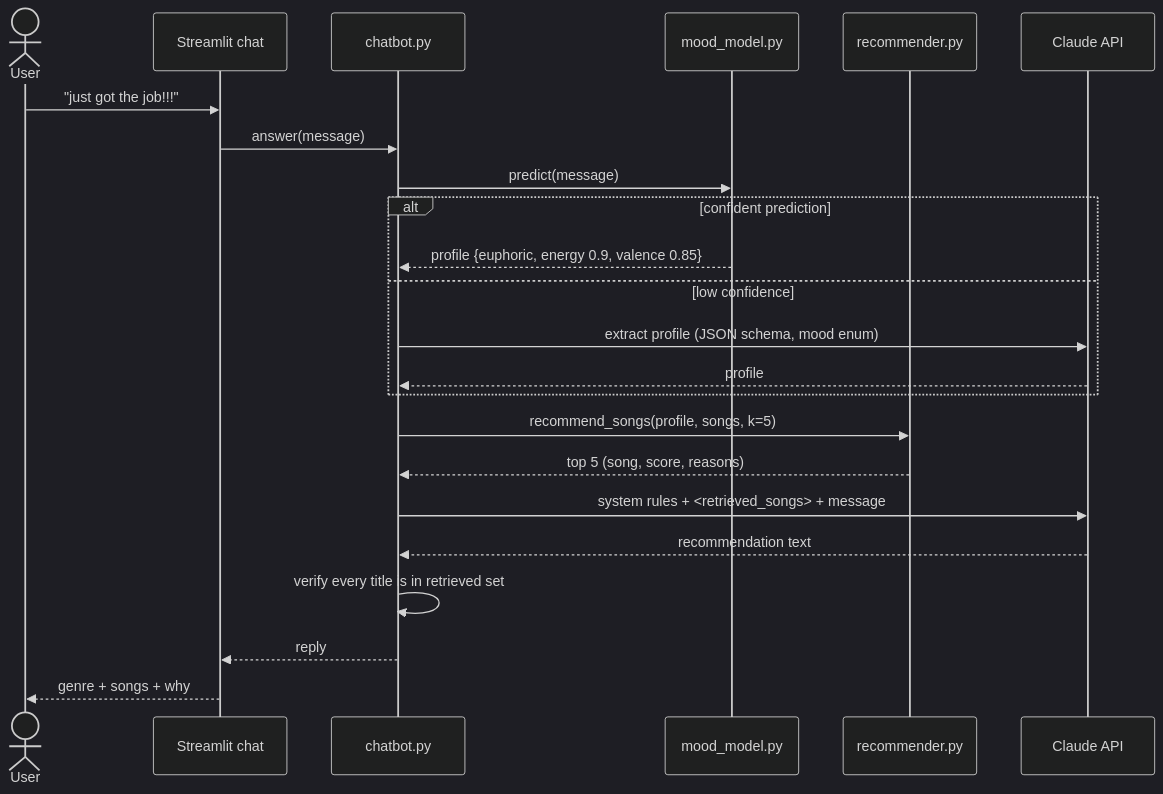
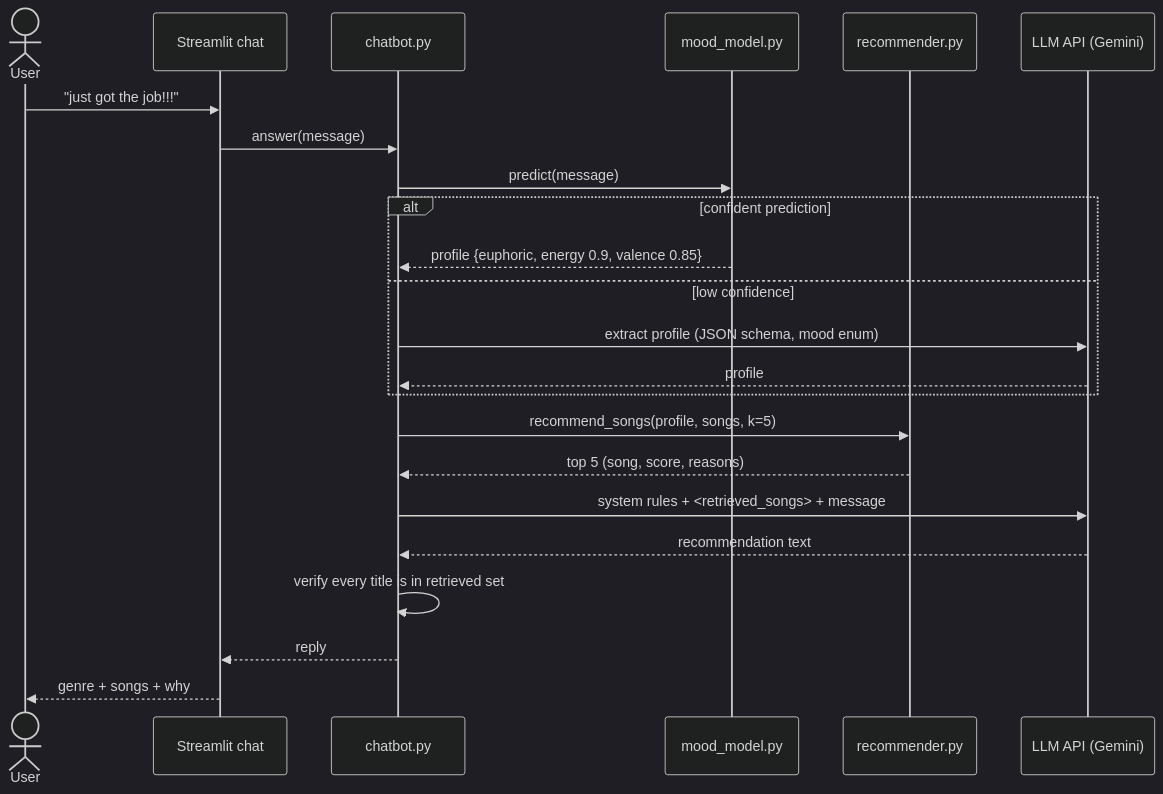
One commit to EthanRod267/applied-ai-system-TunedIn-project changed the second of 4 diagrams in diagrams/system.md. Above: the diagram before and after it, drawn with Mermaid (dark theme). The commit also changed other lines of this file and 10 other files, not shown here.

Commit message:
Switch to Google Gemini API

````diff
--- a/diagrams/system.md
+++ b/diagrams/system.md
@@ -50,26 +52,26 @@
 ```mermaid
 sequenceDiagram
     actor User
     participant UI as Streamlit chat
     participant Bot as chatbot.py
     participant Mood as mood_model.py
     participant Rec as recommender.py
-    participant Claude as Claude API
+    participant LLM as LLM API (Gemini)
 
     User->>UI: "just got the job!!!"
     UI->>Bot: answer(message)
     Bot->>Mood: predict(message)
     alt confident prediction
         Mood-->>Bot: profile {euphoric, energy 0.9, valence 0.85}
     else low confidence
-        Bot->>Claude: extract profile (JSON schema, mood enum)
-        Claude-->>Bot: profile
+        Bot->>LLM: extract profile (JSON schema, mood enum)
+        LLM-->>Bot: profile
     end
     Bot->>Rec: recommend_songs(profile, songs, k=5)
     Rec-->>Bot: top 5 (song, score, reasons)
-    Bot->>Claude: system rules + <retrieved_songs> + message
-    Claude-->>Bot: recommendation text
+    Bot->>LLM: system rules + <retrieved_songs> + message
+    LLM-->>Bot: recommendation text
     Bot->>Bot: verify every title is in retrieved set
     Bot-->>UI: reply
     UI-->>User: genre + songs + why
 ```
````
